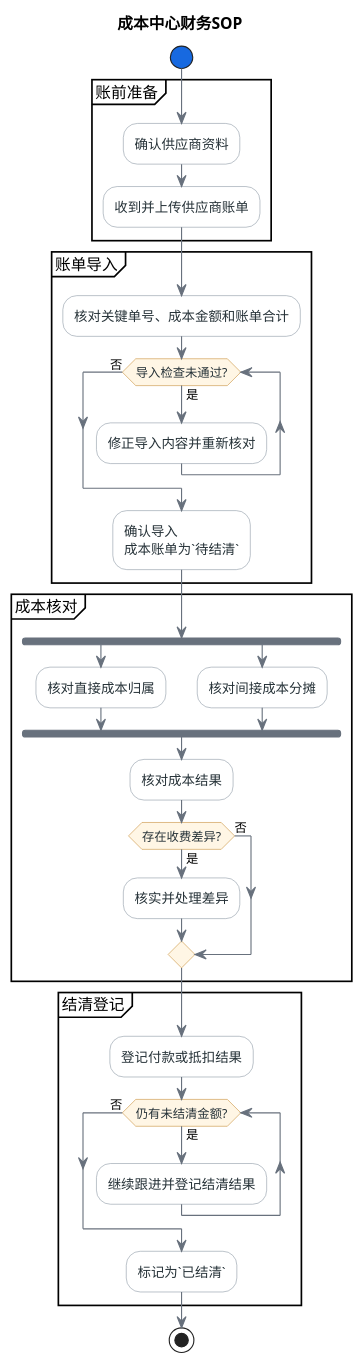
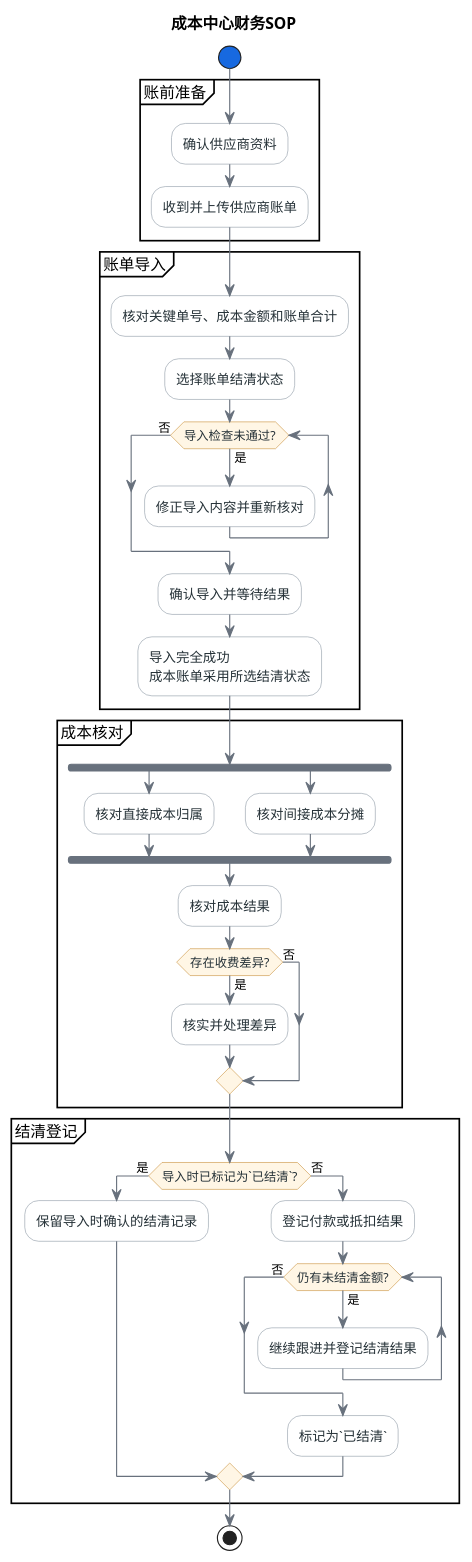
Diagram 12 of 19 in product-caliber/bms/prd/财务系统.PRD.md (jack888332/projects-doc), drawn with PlantUML before and after one commit. The commit also changed other lines of this file and 1 other file, not shown here.

Commit message:
概念实体关系图增加成本板块

````diff
--- a/product-caliber/bms/prd/财务系统.PRD.md
+++ b/product-caliber/bms/prd/财务系统.PRD.md
@@ -2794,59 +2780,65 @@
 ```plantuml
 @startuml
 title 成本中心财务SOP
 
 skinparam backgroundColor #FFFFFF
 skinparam shadowing false
 skinparam defaultFontName Microsoft YaHei
 skinparam activity {
   BackgroundColor #FFFFFF
   BorderColor #8793A1
   FontColor #263238
   DiamondBackgroundColor #FFF6E5
   DiamondBorderColor #C58A32
   StartColor #1769E0
   EndColor #168457
   BarColor #68717D
 }
 skinparam ArrowColor #68717D
 
 start
 
 partition "账前准备" {
   :确认供应商资料;
   :收到并上传供应商账单;
 }
 
 partition "账单导入" {
   :核对关键单号、成本金额和账单合计;
+  :选择账单结清状态;
   while (导入检查未通过?) is (是)
     :修正导入内容并重新核对;
   endwhile (否)
-  :确认导入
-  成本账单为`待结清`;
+  :确认导入并等待结果;
+  :导入完全成功
+  成本账单采用所选结清状态;
 }
 
 partition "成本核对" {
   fork
     :核对直接成本归属;
   fork again
     :核对间接成本分摊;
   end fork
   :核对成本结果;
   if (存在收费差异?) then (是)
     :核实并处理差异;
   else (否)
   endif
 }
 
 partition "结清登记" {
-  :登记付款或抵扣结果;
-  while (仍有未结清金额?) is (是)
-    :继续跟进并登记结清结果;
-  endwhile (否)
-  :标记为`已结清`;
+  if (导入时已标记为`已结清`?) then (是)
+    :保留导入时确认的结清记录;
+  else (否)
+    :登记付款或抵扣结果;
+    while (仍有未结清金额?) is (是)
+      :继续跟进并登记结清结果;
+    endwhile (否)
+    :标记为`已结清`;
+  endif
 }
 
 stop
 @enduml
 ```
````
